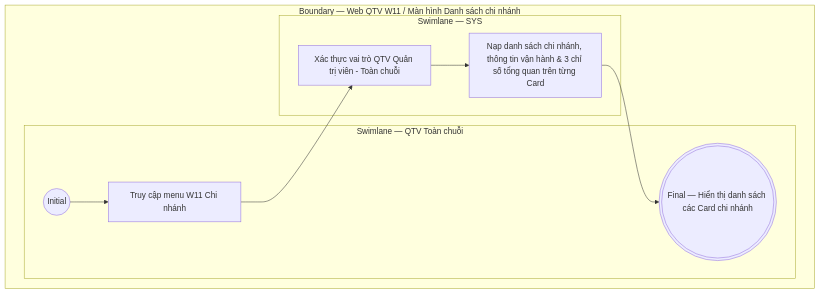
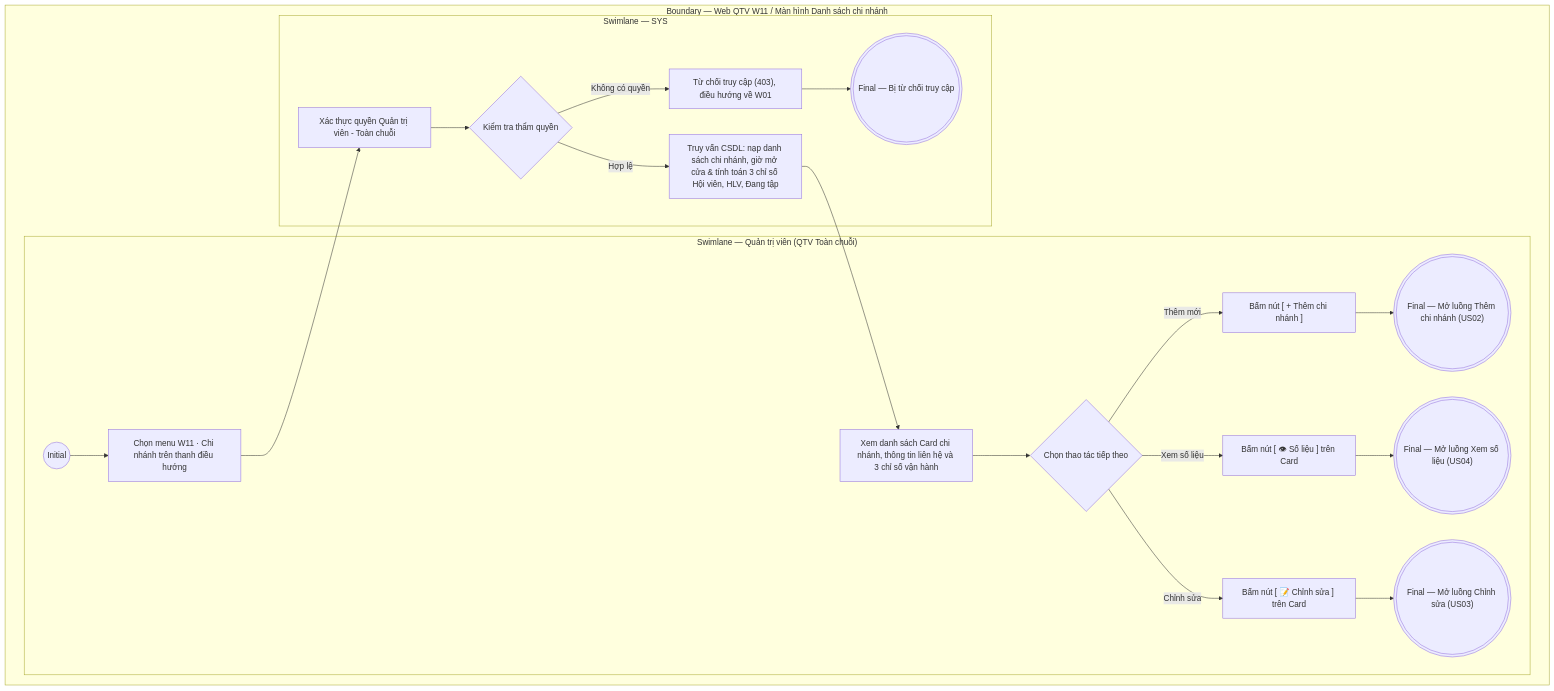
Before and after one commit to ThachY-23120411/Paradise-Gym-v2: the diagram in docs/user-stories/qtv/QTV-W11-Chi nhánh/QTV-W11-US01-Xem danh sách chi nhánh.md, drawn with Mermaid. The commit also changed other lines of this file and 97 other files, not shown here.

````diff
--- a/docs/user-stories/qtv/QTV-W11-Chi nhánh/QTV-W11-US01-Xem danh sách chi nhánh.md
+++ b/docs/user-stories/qtv/QTV-W11-Chi nhánh/QTV-W11-US01-Xem danh sách chi nhánh.md
@@ -38,16 +62,35 @@
 ```mermaid
 flowchart TB
   subgraph B["Boundary — Web QTV W11 / Màn hình Danh sách chi nhánh"]
-    subgraph L0["Swimlane — QTV Toàn chuỗi"]
+    subgraph L0["Swimlane — Quản trị viên (QTV Toàn chuỗi)"]
       I01(("Initial"))
-      A01["Truy cập menu W11 Chi nhánh"]
-      F01((("Final — Hiển thị danh sách các Card chi nhánh")))
+      A01["Chọn menu W11 · Chi nhánh trên thanh điều hướng"]
+      A02["Xem danh sách Card chi nhánh, thông tin liên hệ và 3 chỉ số vận hành"]
+      A03{"Chọn thao tác tiếp theo"}
+      A04["Bấm nút [ + Thêm chi nhánh ]"]
+      A05["Bấm nút [ 👁 Số liệu ] trên Card"]
+      A06["Bấm nút [ 📝 Chỉnh sửa ] trên Card"]
+      F01((("Final — Mở luồng Thêm chi nhánh (US02)")))
+      F02((("Final — Mở luồng Xem số liệu (US04)")))
+      F03((("Final — Mở luồng Chỉnh sửa (US03)")))
+
       I01 --> A01
+      A02 --> A03
+      A03 -->|Thêm mới| A04 --> F01
+      A03 -->|Xem số liệu| A05 --> F02
+      A03 -->|Chỉnh sửa| A06 --> F03
     end
+
     subgraph L1["Swimlane — SYS"]
-      S01["Xác thực vai trò QTV Quản trị viên - Toàn chuỗi"]
-      S02["Nạp danh sách chi nhánh, thông tin vận hành & 3 chỉ số tổng quan trên từng Card"]
-      A01 --> S01 --> S02 --> F01
+      S01["Xác thực quyền Quản trị viên - Toàn chuỗi"]
+      S02{"Kiểm tra thẩm quyền"}
+      S03["Truy vấn CSDL: nạp danh sách chi nhánh, giờ mở cửa & tính toán 3 chỉ số Hội viên, HLV, Đang tập"]
+      S04["Từ chối truy cập (403), điều hướng về W01"]
+      F04((("Final — Bị từ chối truy cập")))
+
+      A01 --> S01 --> S02
+      S02 -->|Hợp lệ| S03 --> A02
+      S02 -->|Không có quyền| S04 --> F04
     end
   end
 ```
````
